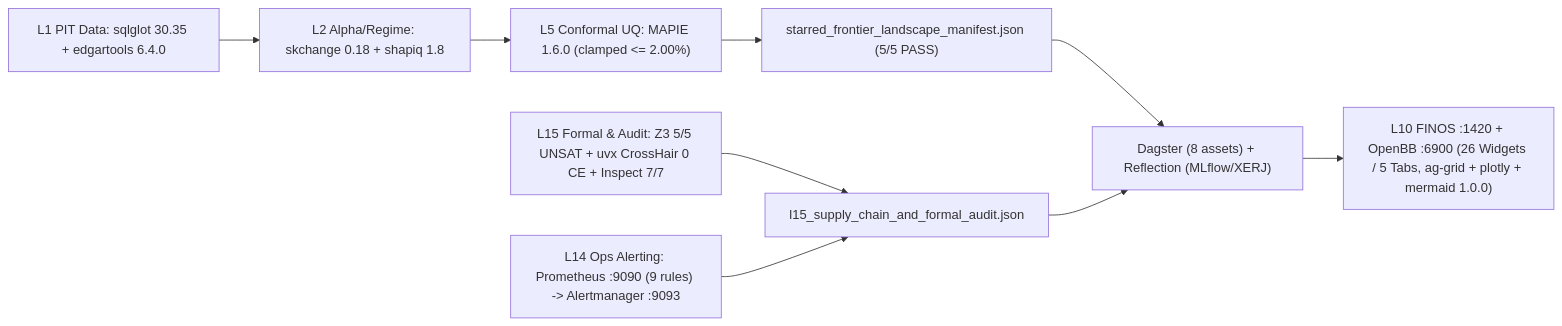
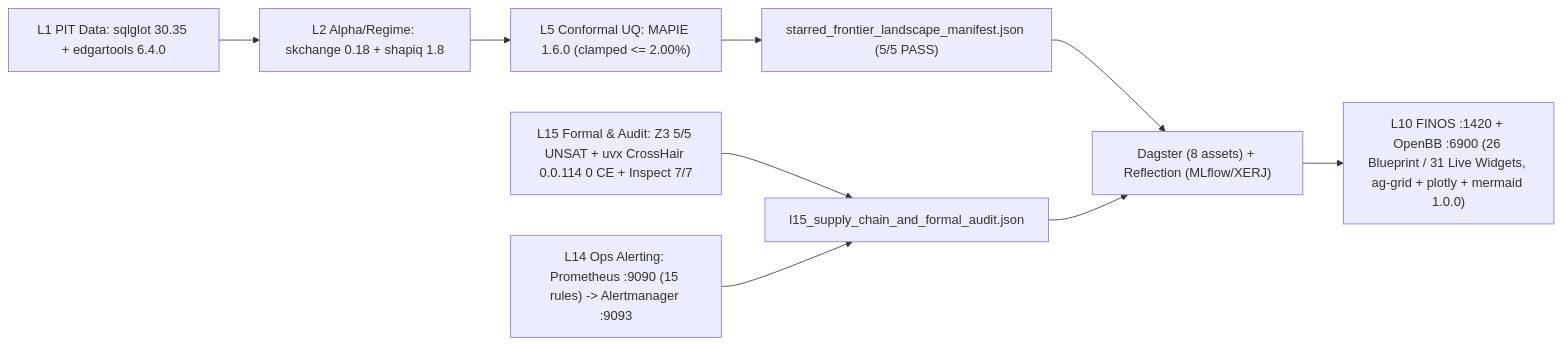
One commit to seathatflowsinourveins/noesis changed the diagram in docs/adr/ADR-0028.md. Above: the diagram before and after it, drawn with Mermaid. The commit also changed other lines of this file and 51 other files, not shown here.

````diff
--- a/docs/adr/ADR-0028.md
+++ b/docs/adr/ADR-0028.md
@@ -132,11 +132,11 @@
 ```mermaid
 flowchart LR
     L1["L1 PIT Data: sqlglot 30.35 + edgartools 6.4.0"] --> L2["L2 Alpha/Regime: skchange 0.18 + shapiq 1.8"]
     L2 --> L5["L5 Conformal UQ: MAPIE 1.6.0 (clamped <= 2.00%)"]
     L5 --> MAN["starred_frontier_landscape_manifest.json (5/5 PASS)"]
-    L15["L15 Formal & Audit: Z3 5/5 UNSAT + uvx CrossHair 0 CE + Inspect 7/7"] --> AUD["l15_supply_chain_and_formal_audit.json"]
-    L14["L14 Ops Alerting: Prometheus :9090 (9 rules) -> Alertmanager :9093"] --> AUD
+    L15["L15 Formal & Audit: Z3 5/5 UNSAT + uvx CrossHair 0.0.114 0 CE + Inspect 7/7"] --> AUD["l15_supply_chain_and_formal_audit.json"]
+    L14["L14 Ops Alerting: Prometheus :9090 (15 rules) -> Alertmanager :9093"] --> AUD
     MAN --> COMP["Dagster (8 assets) + Reflection (MLflow/XERJ)"]
     AUD --> COMP
-    COMP --> UI["L10 FINOS :1420 + OpenBB :6900 (26 Widgets / 5 Tabs, ag-grid + plotly + mermaid 1.0.0)"]
+    COMP --> UI["L10 FINOS :1420 + OpenBB :6900 (26 Blueprint / 31 Live Widgets, ag-grid + plotly + mermaid 1.0.0)"]
 ```
````
